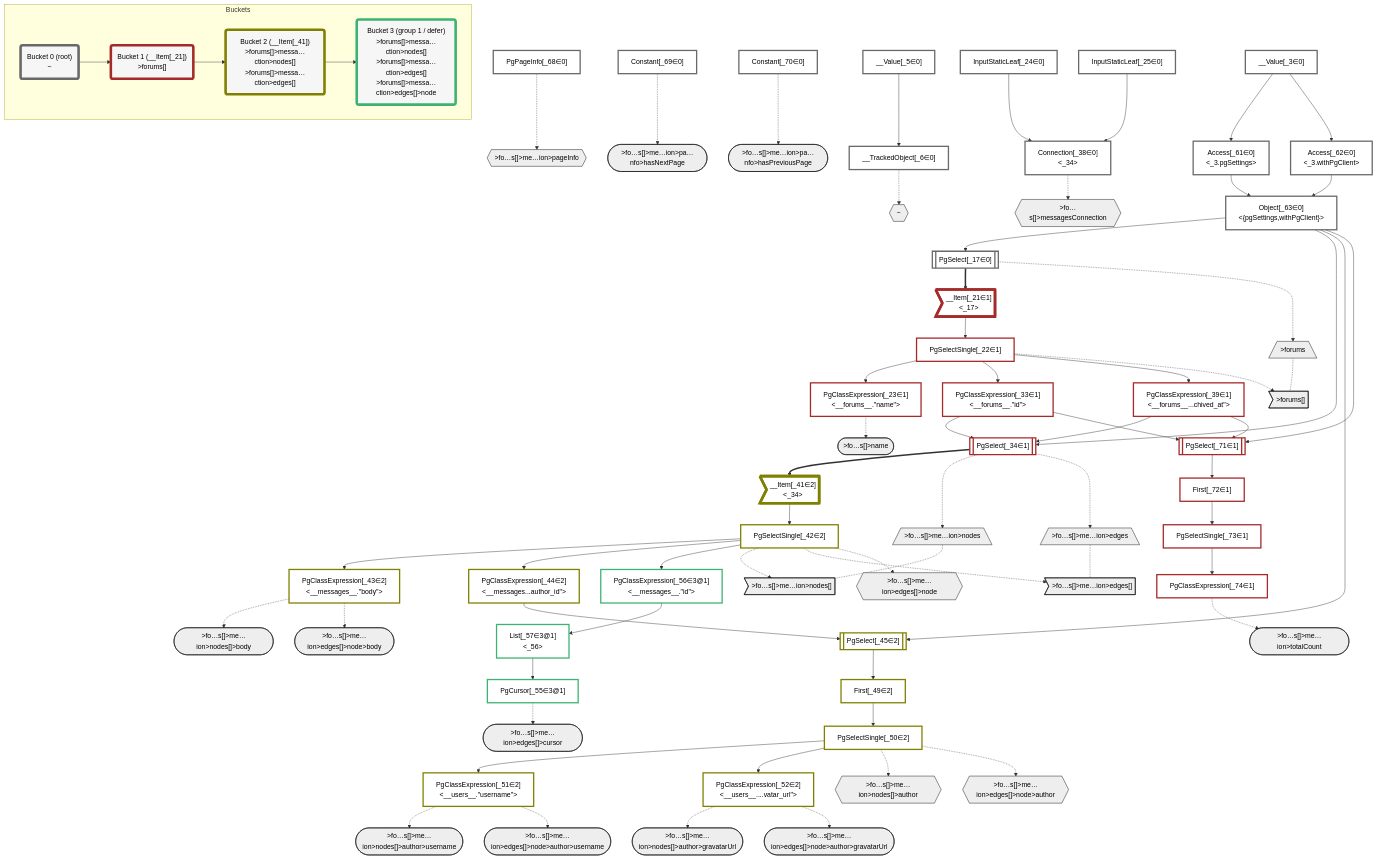
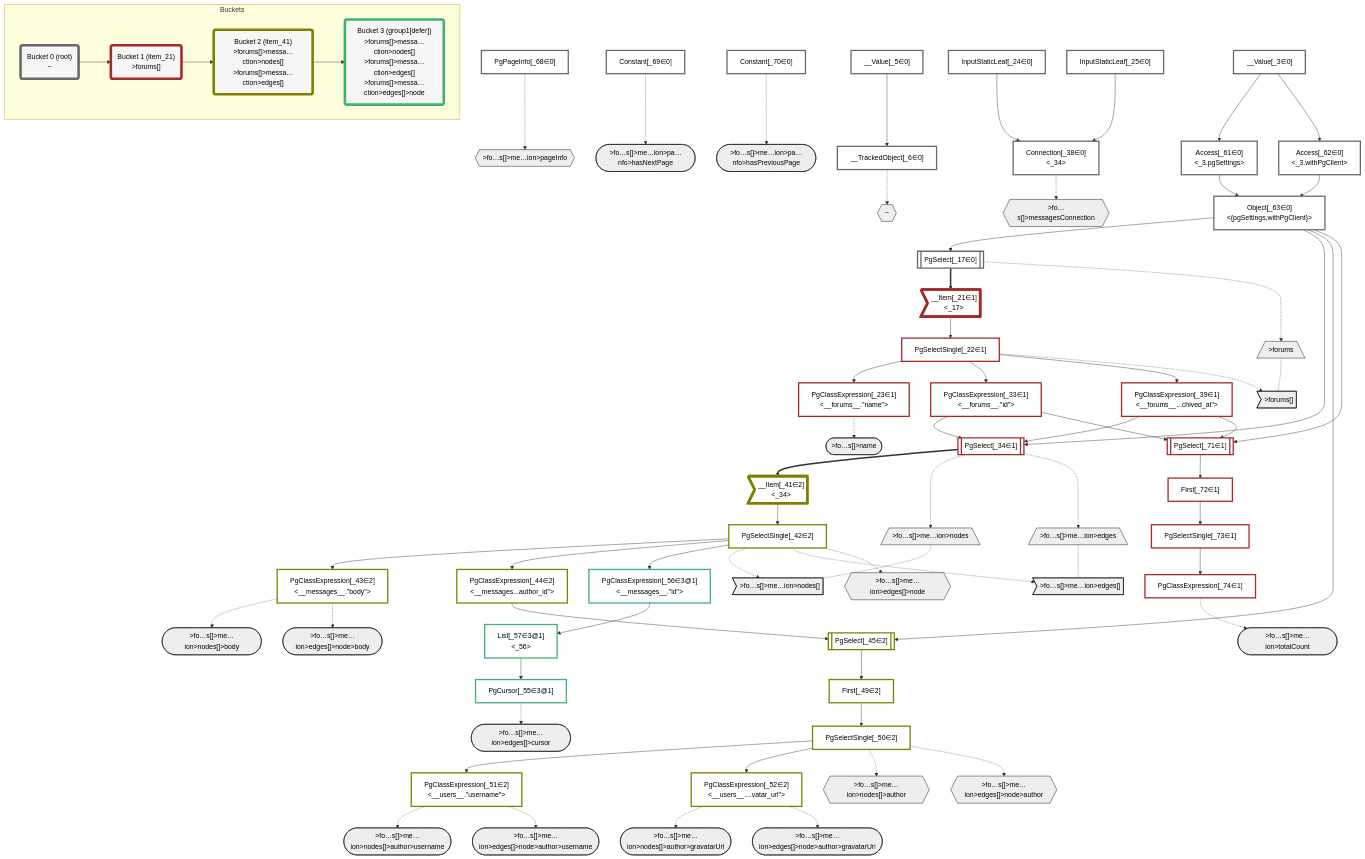
One commit to graphile/crystal changed the diagram in packages/dataplan-pg/__tests__/queries/conditions/archived-forum-inherited-messages.defer-5.deopt.mermaid.md. Above: the diagram before and after it, drawn with Mermaid. The commit also changed 159 other files, not shown here.

```diff
--- a/packages/dataplan-pg/__tests__/queries/conditions/archived-forum-inherited-messages.defer-5.deopt.mermaid.md
+++ b/packages/dataplan-pg/__tests__/queries/conditions/archived-forum-inherited-messages.defer-5.deopt.mermaid.md
@@ -166,13 +166,13 @@
     subgraph Buckets
     Bucket0("Bucket 0 (root)<br />~"):::bucket
     style Bucket0 stroke:#696969
-    Bucket1("Bucket 1 (__Item[_21])<br />>forums[]"):::bucket
+    Bucket1("Bucket 1 (item_21)<br />>forums[]"):::bucket
     style Bucket1 stroke:#a52a2a
     Bucket0 --> Bucket1
-    Bucket2("Bucket 2 (__Item[_41])<br />>forums[]>messa…ction>nodes[]<br />>forums[]>messa…ction>edges[]"):::bucket
+    Bucket2("Bucket 2 (item_41)<br />>forums[]>messa…ction>nodes[]<br />>forums[]>messa…ction>edges[]"):::bucket
     style Bucket2 stroke:#808000
     Bucket1 --> Bucket2
-    Bucket3("Bucket 3 (group 1 / defer)<br />>forums[]>messa…ction>nodes[]<br />>forums[]>messa…ction>edges[]<br />>forums[]>messa…ction>edges[]>node"):::bucket
+    Bucket3("Bucket 3 (group1[defer])<br />>forums[]>messa…ction>nodes[]<br />>forums[]>messa…ction>edges[]<br />>forums[]>messa…ction>edges[]>node"):::bucket
     style Bucket3 stroke:#3cb371
     Bucket2 --> Bucket3
     end
```
